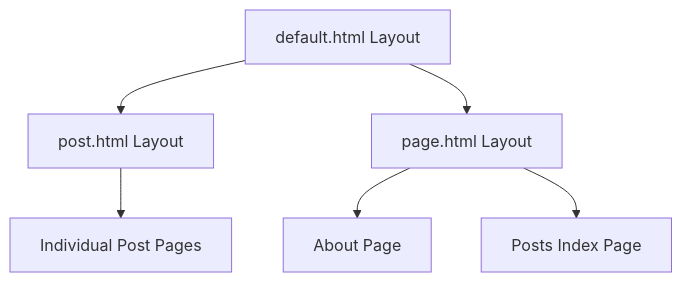
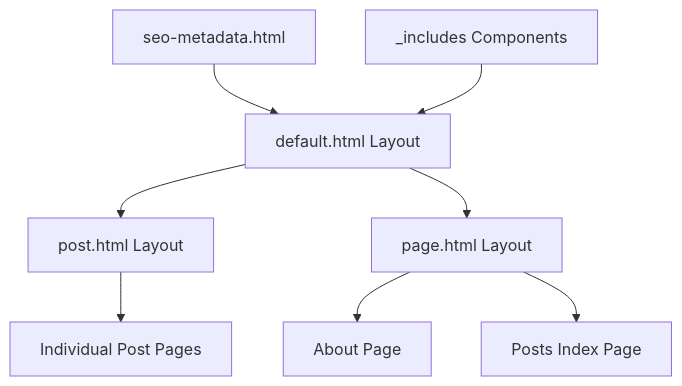
The second of 3 diagrams in memory-bank/systemPatterns.md (peschinskiy/peschinskiy.github.io), drawn with Mermaid before and after one commit. The commit also changed other lines of this file and 6 other files, not shown here.

````diff
--- a/memory-bank/systemPatterns.md
+++ b/memory-bank/systemPatterns.md
@@ -31,8 +39,10 @@
 ```mermaid
 flowchart TD
     A[default.html Layout] --> B[post.html Layout]
     A --> C[page.html Layout]
     B --> D[Individual Post Pages]
     C --> E[About Page]
     C --> F[Posts Index Page]
+    G[seo-metadata.html] --> A
+    H[_includes Components] --> A
 ```
````
